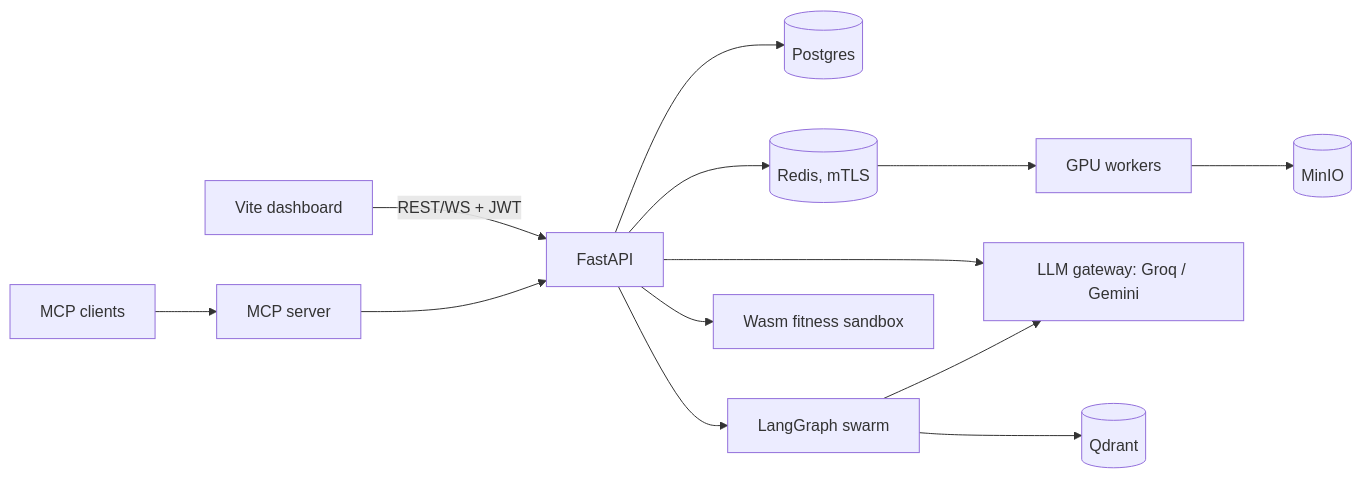
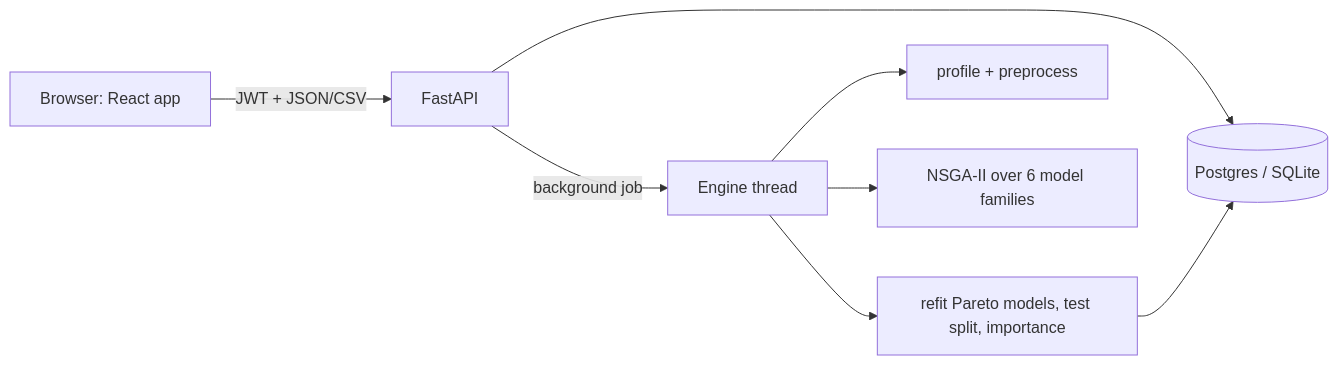
The diagram in README.md (Nikhil-creat/deepoptima), drawn with Mermaid before and after one commit. The commit also changed other lines of this file and 58 other files, not shown here.

````diff
--- a/README.md
+++ b/README.md
@@ -36,13 +28,10 @@
 ```mermaid
 flowchart LR
-  UI[Vite dashboard] -->|REST/WS + JWT| API[FastAPI]
-  EXT[MCP clients] --> MCP[MCP server] --> API
-  API --> PG[(Postgres)]
-  API --> RD[(Redis, mTLS)]
-  RD --> W[GPU workers]
-  W --> S3[(MinIO)]
-  API --> GW[LLM gateway: Groq / Gemini]
-  API --> SW[LangGraph swarm] --> QD[(Qdrant)]
-  SW --> GW
-  API --> WASM[Wasm fitness sandbox]
+  U[Browser: React app] -->|JWT + JSON/CSV| API[FastAPI]
+  API --> DB[(Postgres / SQLite)]
+  API -->|background job| ENG[Engine thread]
+  ENG --> S1[profile + preprocess]
+  ENG --> S2[NSGA-II over 6 model families]
+  ENG --> S3[refit Pareto models, test split, importance]
+  S3 --> DB
 ```
````
